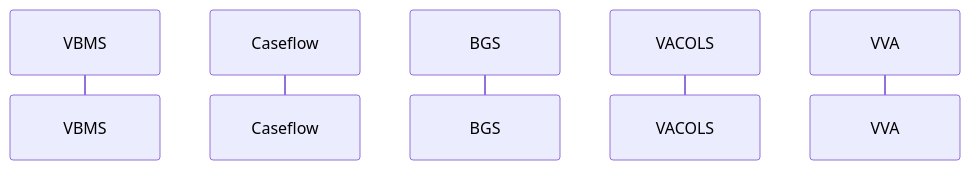
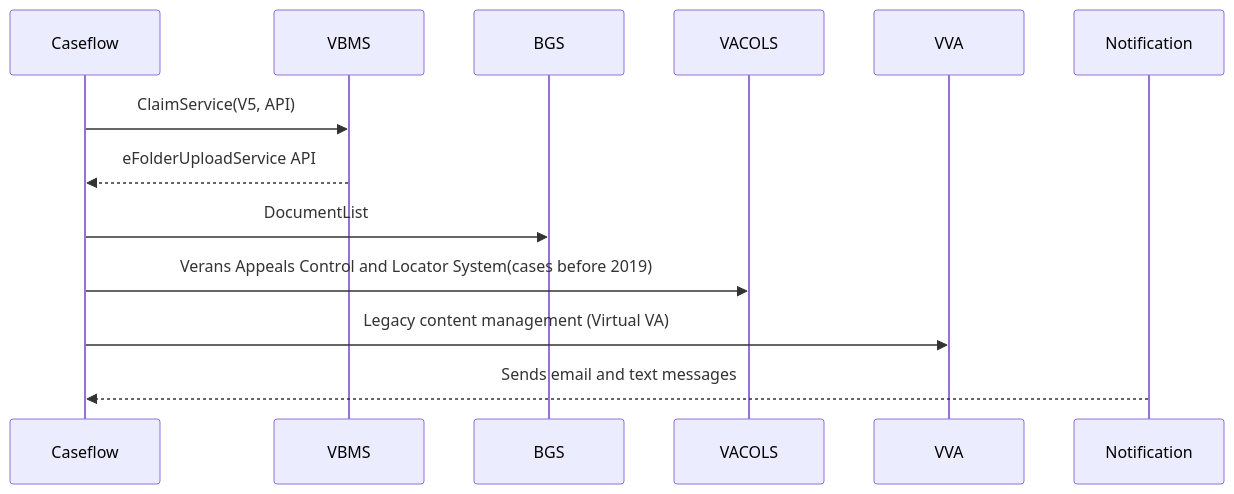
One commit to RickyJe/VBMS changed the diagram in Caseflow.md. Above: the diagram before and after it, drawn with Mermaid.

````diff
--- a/Caseflow.md
+++ b/Caseflow.md
@@ -4,8 +4,15 @@
 ```mermaid
 sequenceDiagram
-    Participant VBMS as VBMS
-    Participant Caseflow as Caseflow
-    Participant BGS as BGS
-    Participant VACOLS as VACOLS
-    Participant VVA as VVA
+    Participant Caseflow
+    Participant VBMS
+    Participant BGS
+    Participant VACOLS
+    Participant VVA
+    Caseflow ->> VBMS: ClaimService(V5, API) 
+    VBMS -->> Caseflow: eFolderUploadService API
+    Caseflow->> BGS: DocumentList
+    Caseflow->> VACOLS : Verans Appeals Control and Locator System(cases before 2019)
+    Caseflow->> VVA : Legacy content management (Virtual VA)
+    Notification -->> Caseflow   : Sends email and text messages
+
 ```
````
